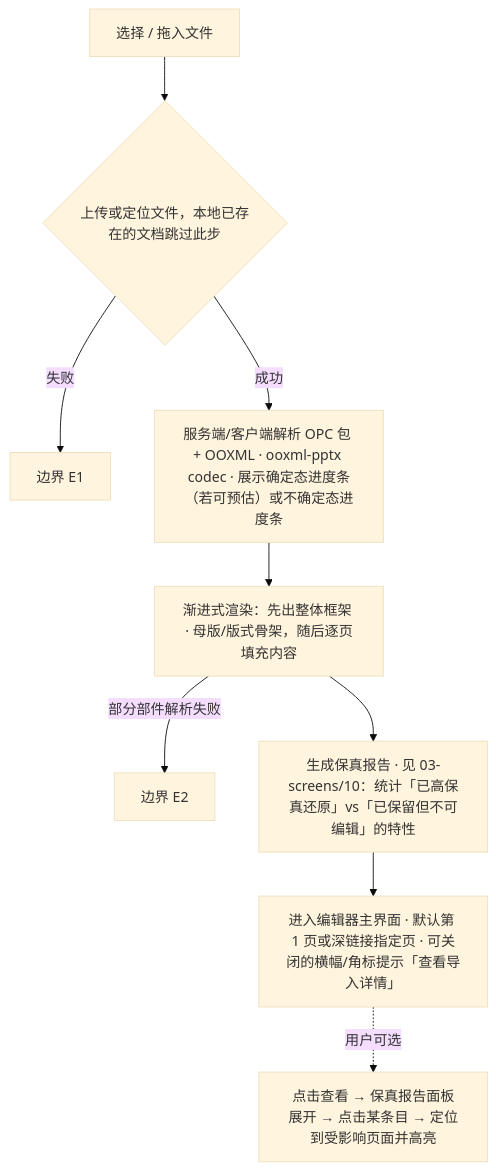
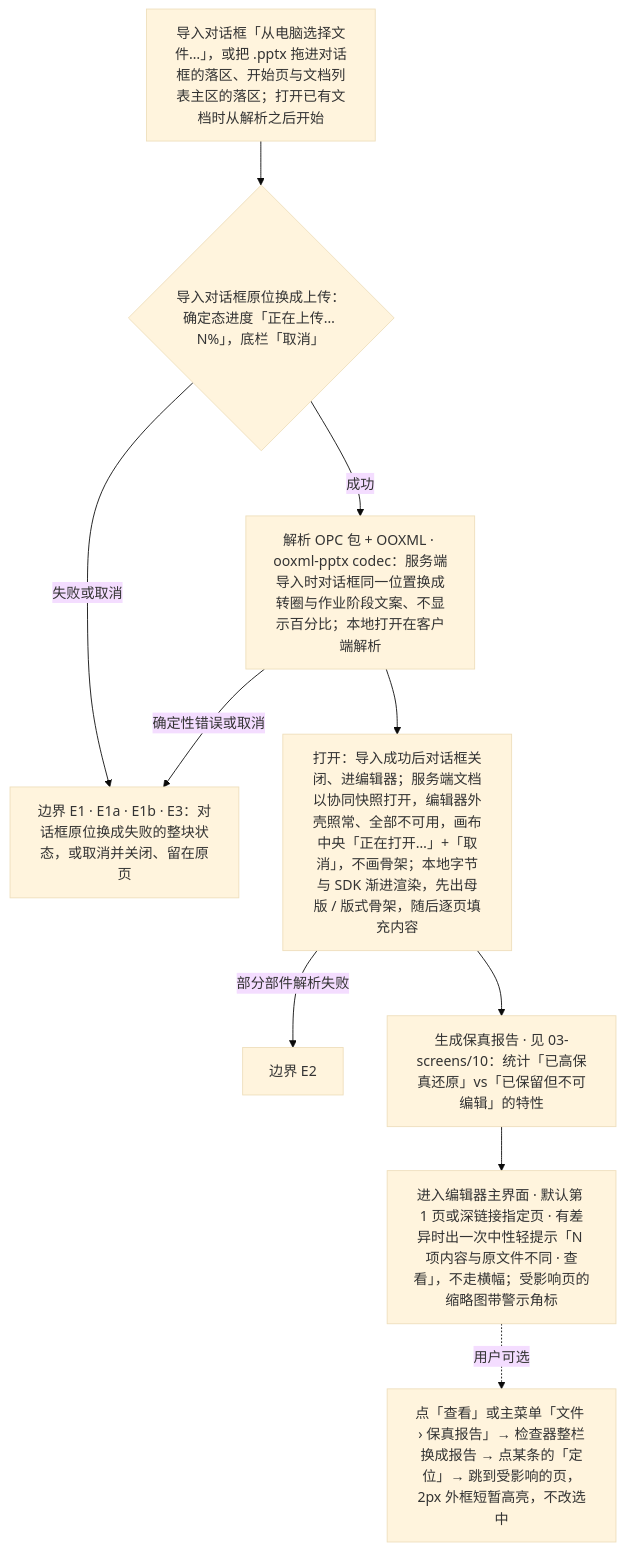
One commit to Xeonice/cordis-ppt-editor changed the first of 13 diagrams in docs/20-design/02-user-flows.md. Above: the diagram before and after it, drawn with Mermaid (base theme). The commit also changed other lines of this file and 44 other files, not shown here.

````diff
--- a/docs/20-design/02-user-flows.md
+++ b/docs/20-design/02-user-flows.md
@@ -23,20 +23,21 @@
 ```mermaid
 flowchart TB
-  f1Pick["选择 / 拖入文件"]
-  f1Up{"上传或定位文件，本地已存在的文档跳过此步"}
-  f1E1["边界 E1"]
-  f1Parse["服务端/客户端解析 OPC 包 + OOXML · ooxml-pptx codec · 展示确定态进度条（若可预估）或不确定态进度条"]
-  f1Render["渐进式渲染：先出整体框架 · 母版/版式骨架，随后逐页填充内容"]
+  f1Pick["导入对话框「从电脑选择文件…」，或把 .pptx 拖进对话框的落区、开始页与文档列表主区的落区；打开已有文档时从解析之后开始"]
+  f1Up{"导入对话框原位换成上传：确定态进度「正在上传… N%」，底栏「取消」"}
+  f1E1["边界 E1 · E1a · E1b · E3：对话框原位换成失败的整块状态，或取消并关闭、留在原页"]
+  f1Parse["解析 OPC 包 + OOXML · ooxml-pptx codec：服务端导入时对话框同一位置换成转圈与作业阶段文案、不显示百分比；本地打开在客户端解析"]
+  f1Render["打开：导入成功后对话框关闭、进编辑器；服务端文档以协同快照打开，编辑器外壳照常、全部不可用，画布中央「正在打开…」+「取消」，不画骨架；本地字节与 SDK 渐进渲染，先出母版 / 版式骨架，随后逐页填充内容"]
   f1E2["边界 E2"]
   f1Report["生成保真报告 · 见 03-screens/10：统计「已高保真还原」vs「已保留但不可编辑」的特性"]
-  f1Enter["进入编辑器主界面 · 默认第 1 页或深链接指定页 · 可关闭的横幅/角标提示「查看导入详情」"]
-  f1View["点击查看 → 保真报告面板展开 → 点击某条目 → 定位到受影响页面并高亮"]
+  f1Enter["进入编辑器主界面 · 默认第 1 页或深链接指定页 · 有差异时出一次中性轻提示「N 项内容与原文件不同 · 查看」，不走横幅；受影响页的缩略图带警示角标"]
+  f1View["点「查看」或主菜单「文件 › 保真报告」→ 检查器整栏换成报告 → 点某条的「定位」→ 跳到受影响的页，2px 外框短暂高亮，不改选中"]
   f1Pick --> f1Up
-  f1Up -->|"失败"| f1E1
+  f1Up -->|"失败或取消"| f1E1
   f1Up -->|"成功"| f1Parse
+  f1Parse -->|"确定性错误或取消"| f1E1
   f1Parse --> f1Render
   f1Render -->|"部分部件解析失败"| f1E2
   f1Render --> f1Report
   f1Report --> f1Enter
   f1Enter -.->|"用户可选"| f1View
 ```
````
